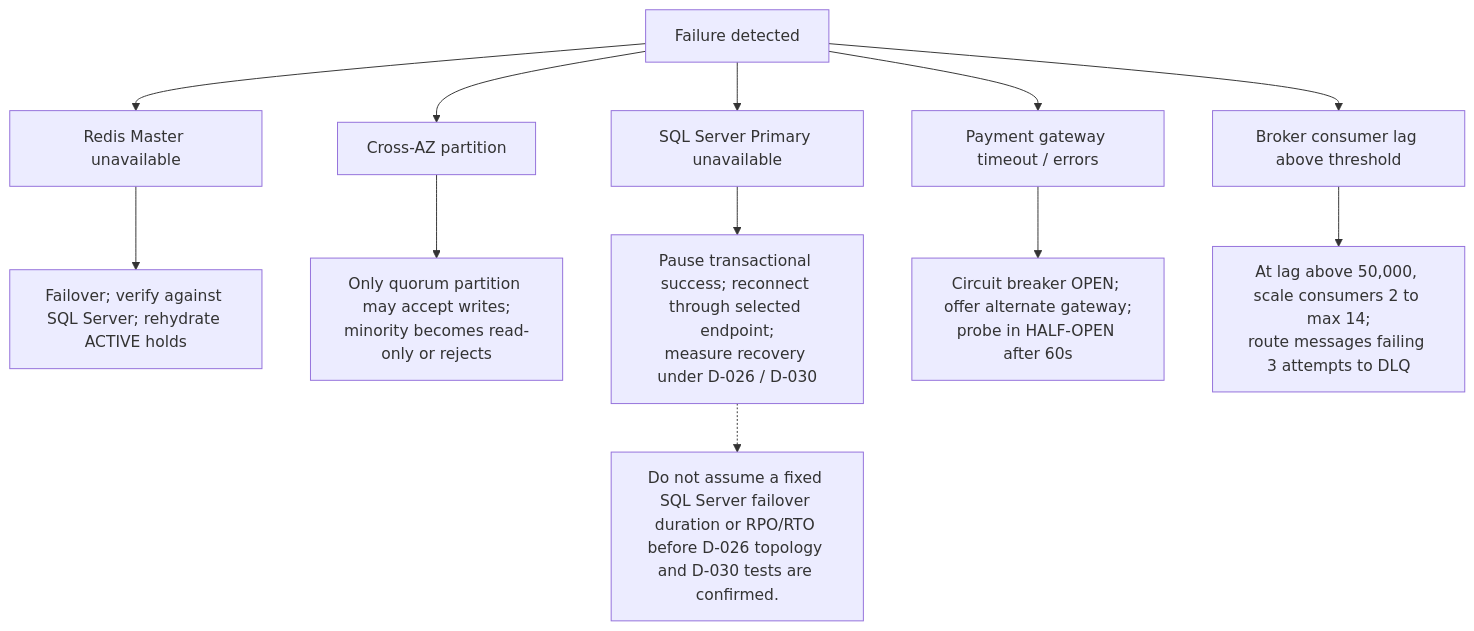
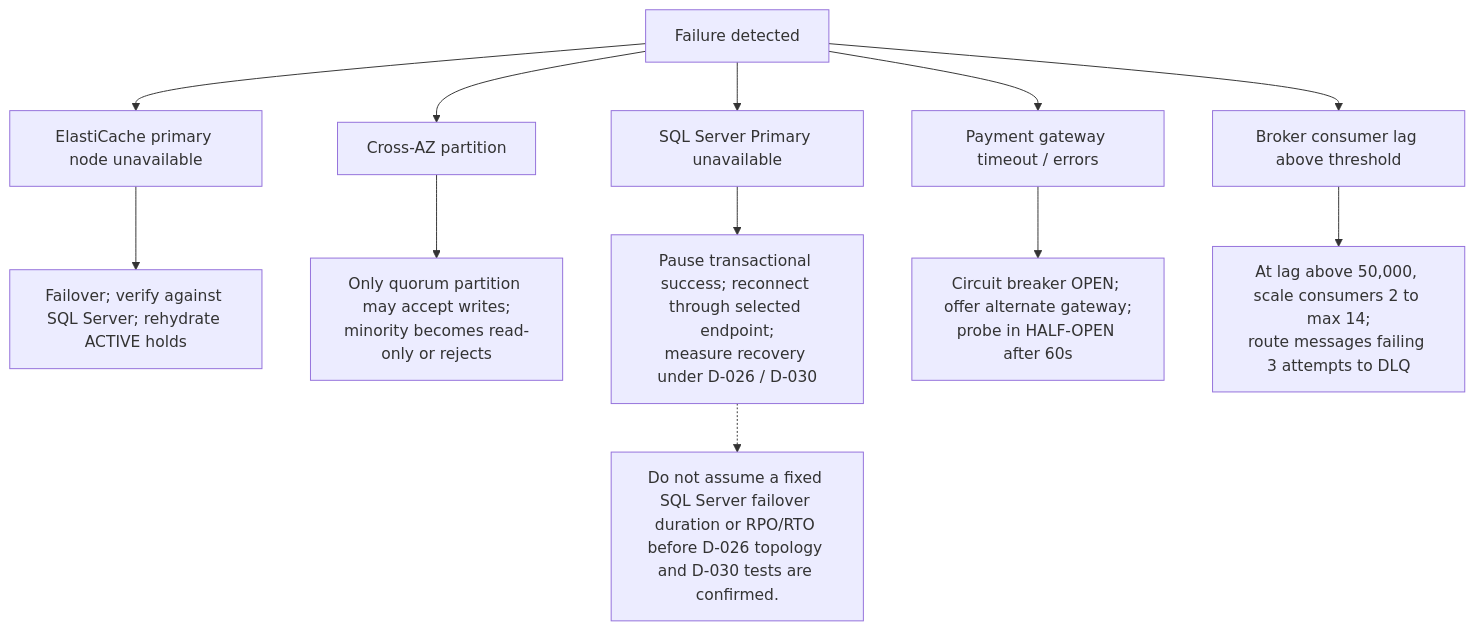
Before and after one commit to toanteng11/concert-ticketing-docs: the second of 2 diagrams in business-analysis/05_Non_Functional_Requirements_(NFR)/04_Concurrency_And_Failure_Scenarios_(CAP_Theorem).md, drawn with Mermaid. The commit also changed other lines of this file and 43 other files, not shown here.

````diff
--- a/business-analysis/05_Non_Functional_Requirements_(NFR)/04_Concurrency_And_Failure_Scenarios_(CAP_Theorem).md
+++ b/business-analysis/05_Non_Functional_Requirements_(NFR)/04_Concurrency_And_Failure_Scenarios_(CAP_Theorem).md
@@ -95,21 +95,21 @@
 ```mermaid
 flowchart TD
   incident["Failure detected"]
-  redis["Redis Master unavailable"]
+  redis["ElastiCache primary node unavailable"]
   redisAction["Failover; verify against SQL Server; rehydrate ACTIVE holds"]
   partition["Cross-AZ partition"]
   quorum["Only quorum partition may accept writes;<br/>minority becomes read-only or rejects"]
   sql["SQL Server Primary unavailable"]
   sqlAction["Pause transactional success; reconnect through selected endpoint;<br/>measure recovery under D-026 / D-030"]
   pay["Payment gateway timeout / errors"]
   breaker["Circuit breaker OPEN; offer alternate gateway;<br/>probe in HALF-OPEN after 60s"]
   broker["Broker consumer lag above threshold"]
   brokerAction["At lag above 50,000, scale consumers 2 to max 14;<br/>route messages failing 3 attempts to DLQ"]
   incident --> redis --> redisAction
   incident --> partition --> quorum
   incident --> sql --> sqlAction
   incident --> pay --> breaker
   incident --> broker --> brokerAction
   note["Do not assume a fixed SQL Server failover duration or RPO/RTO before D-026 topology and D-030 tests are confirmed."]
   sqlAction -.-> note
 ```
````
